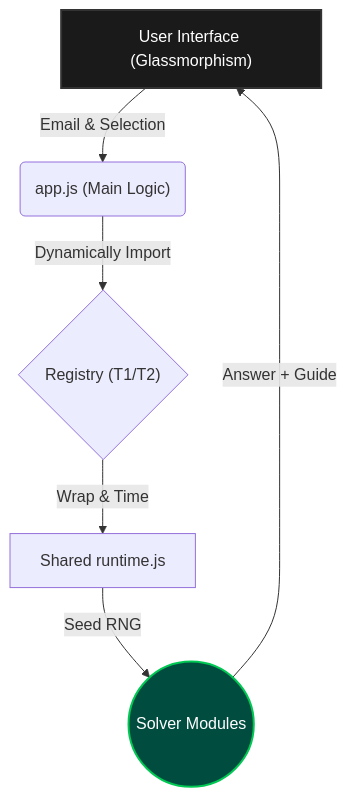
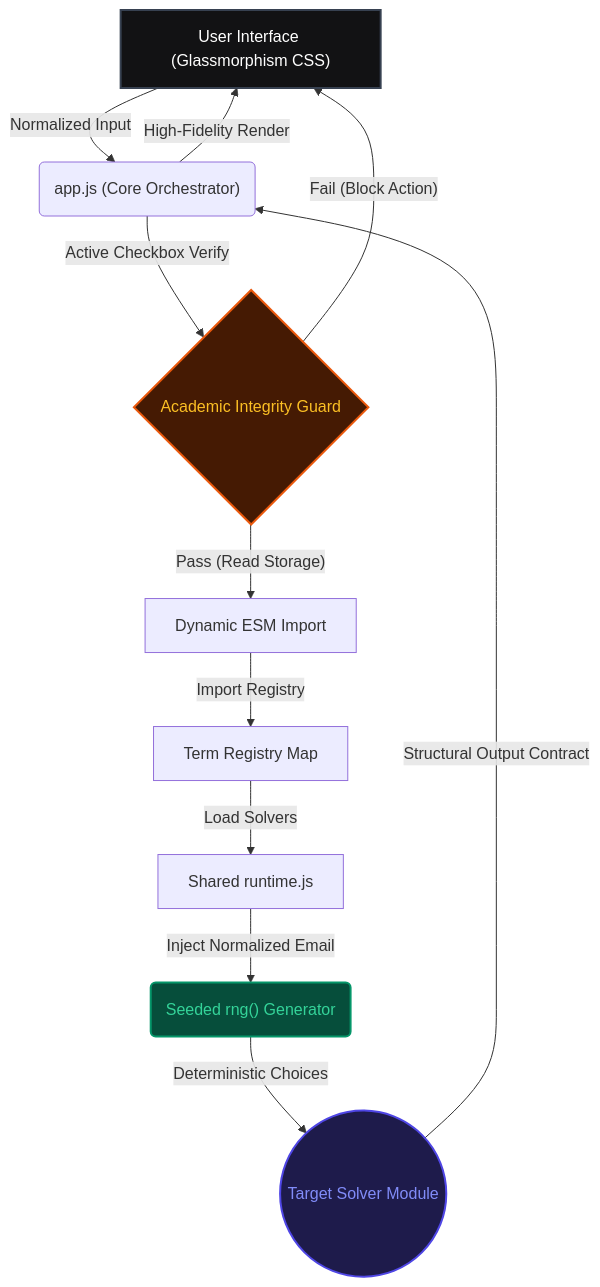
One commit to GyaanFlow/tds-roe-solver-t12026 changed the diagram in README.md. Above: the diagram before and after it, drawn with Mermaid. The commit also changed other lines of this file, not shown here.

````diff
--- a/README.md
+++ b/README.md
@@ -35,10 +27,18 @@
 ```mermaid
 graph TD
-    A["User Interface (Glassmorphism)"] -->|"Email & Selection"| B("app.js (Main Logic)")
-    B -->|"Dynamically Import"| C{"Registry (T1/T2)"}
-    C -->|"Wrap & Time"| D["Shared runtime.js"]
-    D -->|"Seed RNG"| E(("Solver Modules"))
-    E -->|"Answer + Guide"| A
-    style A fill:#1a1a1a,stroke:#333,stroke-width:2px,color:#fff
-    style E fill:#004d40,stroke:#00c853,stroke-width:2px,color:#fff
+    A["User Interface (Glassmorphism CSS)"] -->|"Normalized Input"| B("app.js (Core Orchestrator)")
+    B -->|"Active Checkbox Verify"| C{"Academic Integrity Guard"}
+    C -->|"Pass (Read Storage)"| D["Dynamic ESM Import"]
+    C -->|"Fail (Block Action)"| A
+    D -->|"Import Registry"| E["Term Registry Map"]
+    E -->|"Load Solvers"| F["Shared runtime.js"]
+    F -->|"Inject Normalized Email"| G("Seeded rng() Generator")
+    G -->|"Deterministic Choices"| H(("Target Solver Module"))
+    H -->|"Structural Output Contract"| B
+    B -->|"High-Fidelity Render"| A
+
+    style A fill:#121214,stroke:#374151,stroke-width:2px,color:#fff
+    style C fill:#451a03,stroke:#ea580c,stroke-width:2px,color:#fbbf24
+    style G fill:#064e3b,stroke:#059669,stroke-width:2px,color:#34d399
+    style H fill:#1e1b4b,stroke:#4f46e5,stroke-width:2px,color:#818cf8
 ```
````
